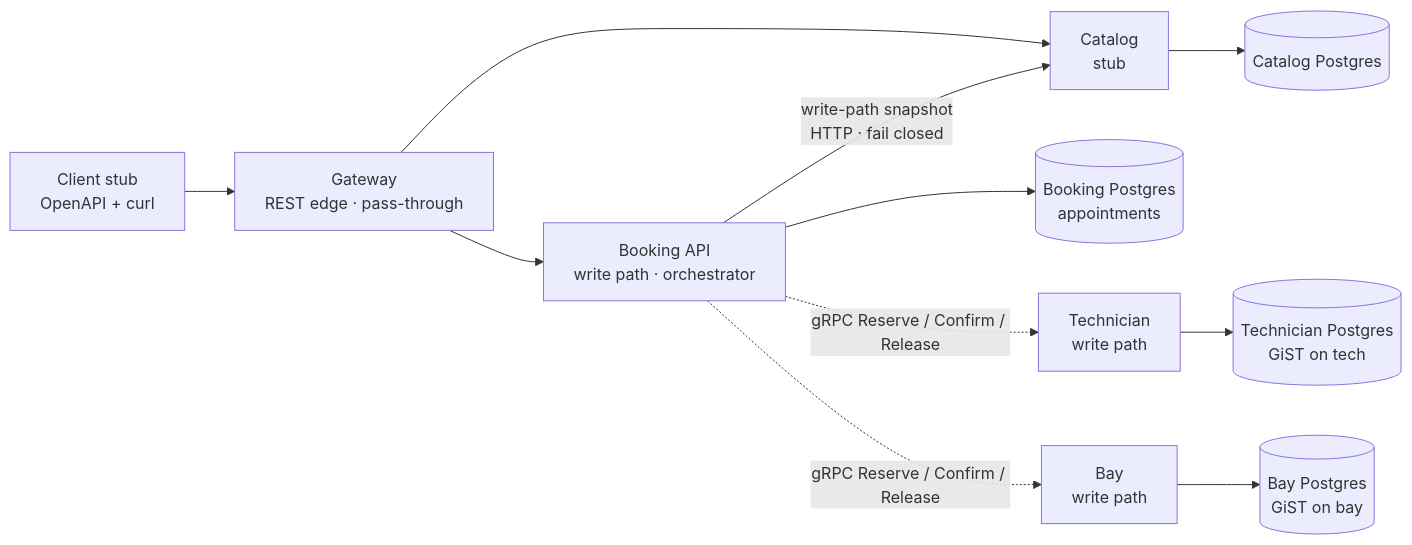
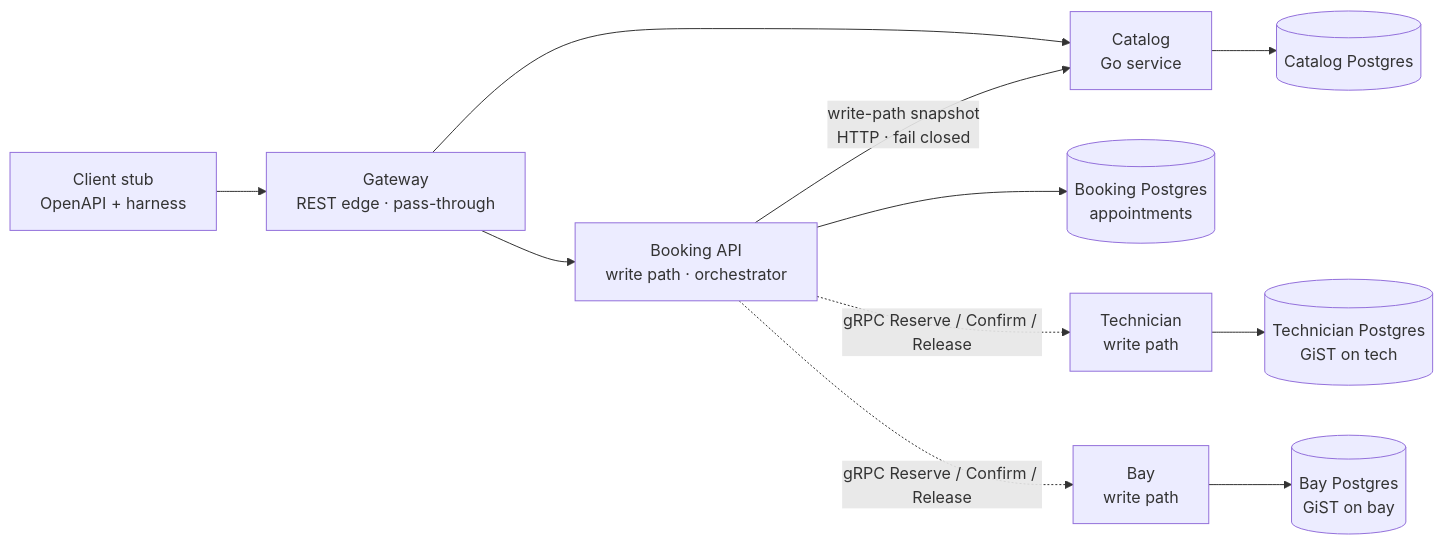
Before and after one commit to athandoan/unified-service-scheduler: the first of 6 diagrams in docs/SYSTEM_DESIGN.md, drawn with Mermaid. The commit also changed other lines of this file, not shown here.

````diff
--- a/docs/SYSTEM_DESIGN.md
+++ b/docs/SYSTEM_DESIGN.md
@@ -23,13 +23,13 @@
 ```mermaid
 flowchart LR
-  Stub["Client stub<br/>OpenAPI + curl"] --> GW["Gateway<br/>REST edge · pass-through"]
-  GW --> Cat["Catalog<br/>stub"]
+  Stub["Client stub<br/>OpenAPI + harness"] --> GW["Gateway<br/>REST edge · pass-through"]
+  GW --> Cat["Catalog<br/>Go service"]
   GW --> Book["Booking API<br/>write path · orchestrator"]
   Cat --> CatDB[("Catalog Postgres")]
   Book --> BookDB[("Booking Postgres<br/>appointments")]
   Tech["Technician<br/>write path"] --> TechDB[("Technician Postgres<br/>GiST on tech")]
   Bay["Bay<br/>write path"] --> BayDB[("Bay Postgres<br/>GiST on bay")]
   Book -->|"write-path snapshot<br/>HTTP · fail closed"| Cat
   Book -.->|"gRPC Reserve / Confirm / Release"| Tech
   Book -.->|"gRPC Reserve / Confirm / Release"| Bay
 ```
````
